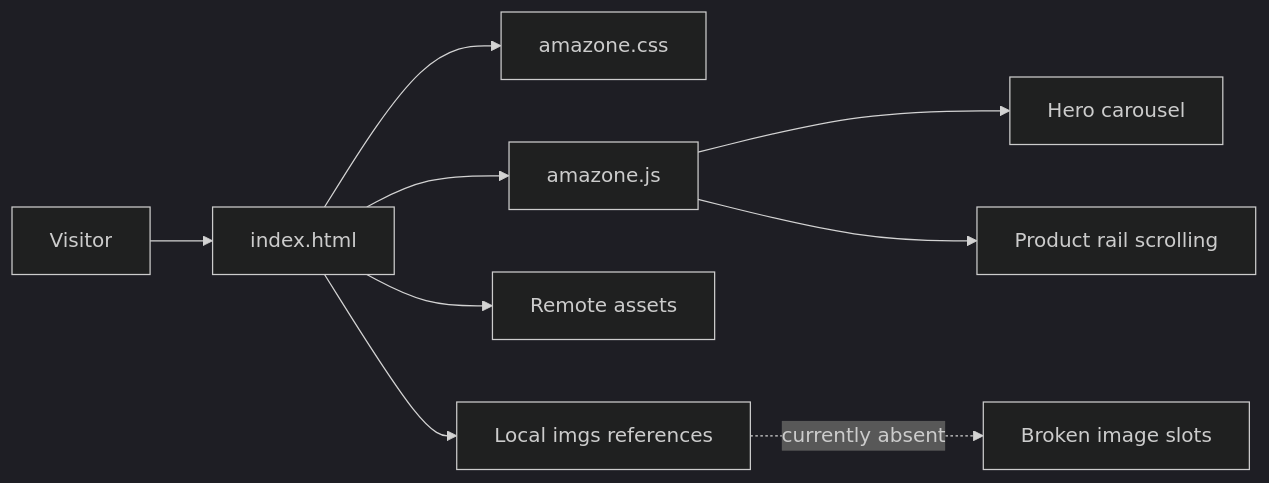
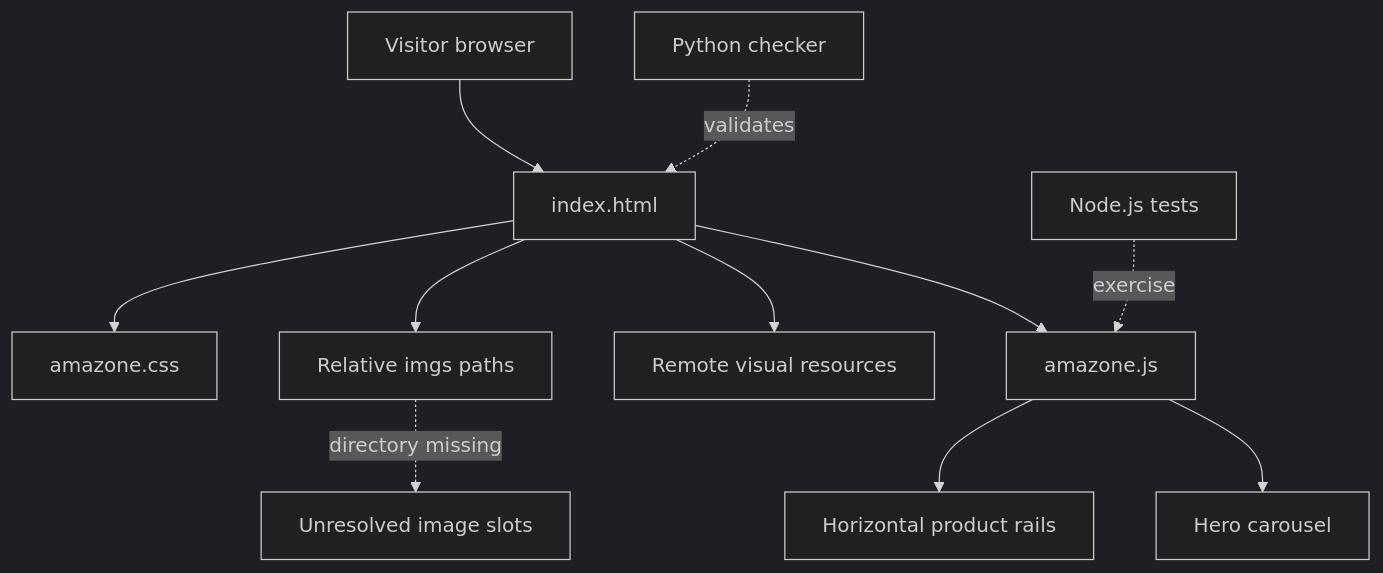
The diagram in docs/README.md (Brajesh31/Amazon_Clone), drawn with Mermaid (dark theme) before and after one commit. The commit also changed other lines of this file, not shown here.

````diff
--- a/docs/README.md
+++ b/docs/README.md
@@ -29,11 +41,13 @@
 ```mermaid
-flowchart LR
-    A[Visitor] --> B[index.html]
-    B --> C[amazone.css]
-    B --> D[amazone.js]
-    D --> E[Hero carousel]
-    D --> F[Product rail scrolling]
-    B --> G[Remote assets]
-    B --> H[Local imgs references]
-    H -. currently absent .-> I[Broken image slots]
+flowchart TD
+    Visitor[Visitor browser] --> Page[index.html]
+    Page --> Styles[amazone.css]
+    Page --> Script[amazone.js]
+    Script --> Carousel[Hero carousel]
+    Script --> Rails[Horizontal product rails]
+    Page --> Remote[Remote visual resources]
+    Page --> Local[Relative imgs paths]
+    Local -. directory missing .-> Broken[Unresolved image slots]
+    Tests[Node.js tests] -. exercise .-> Script
+    Checker[Python checker] -. validates .-> Page
 ```
````
